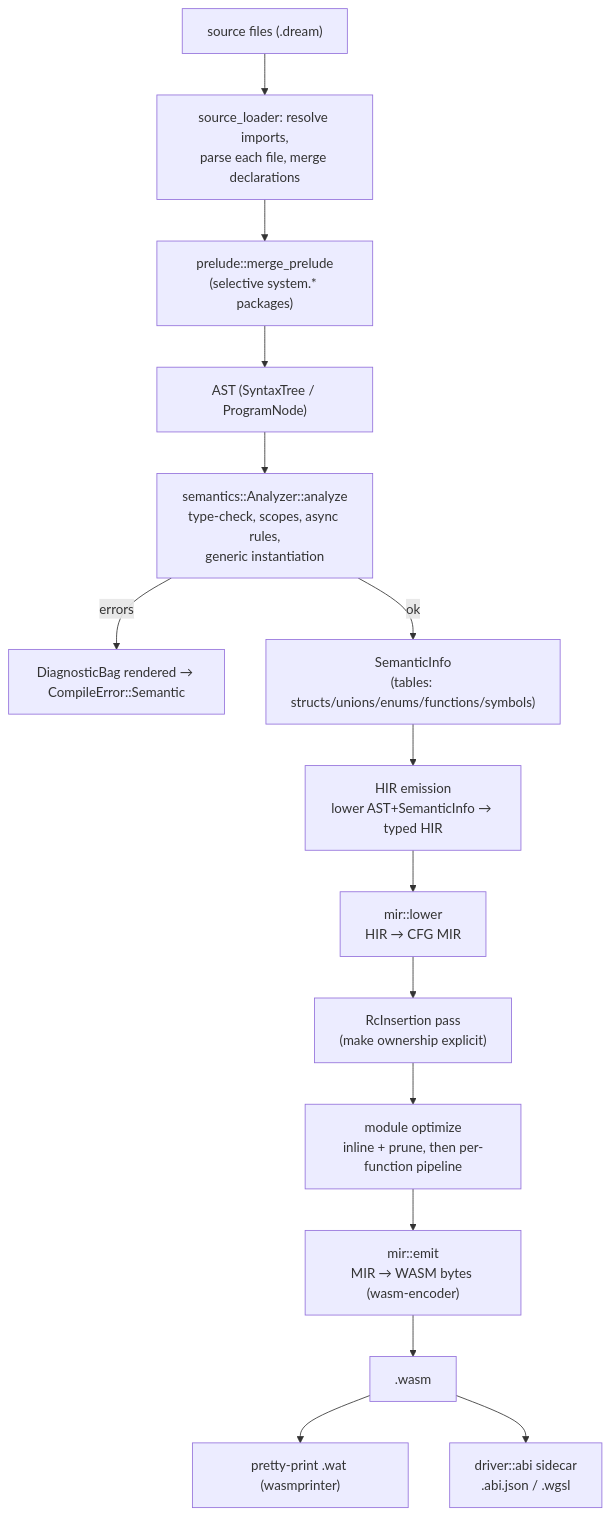
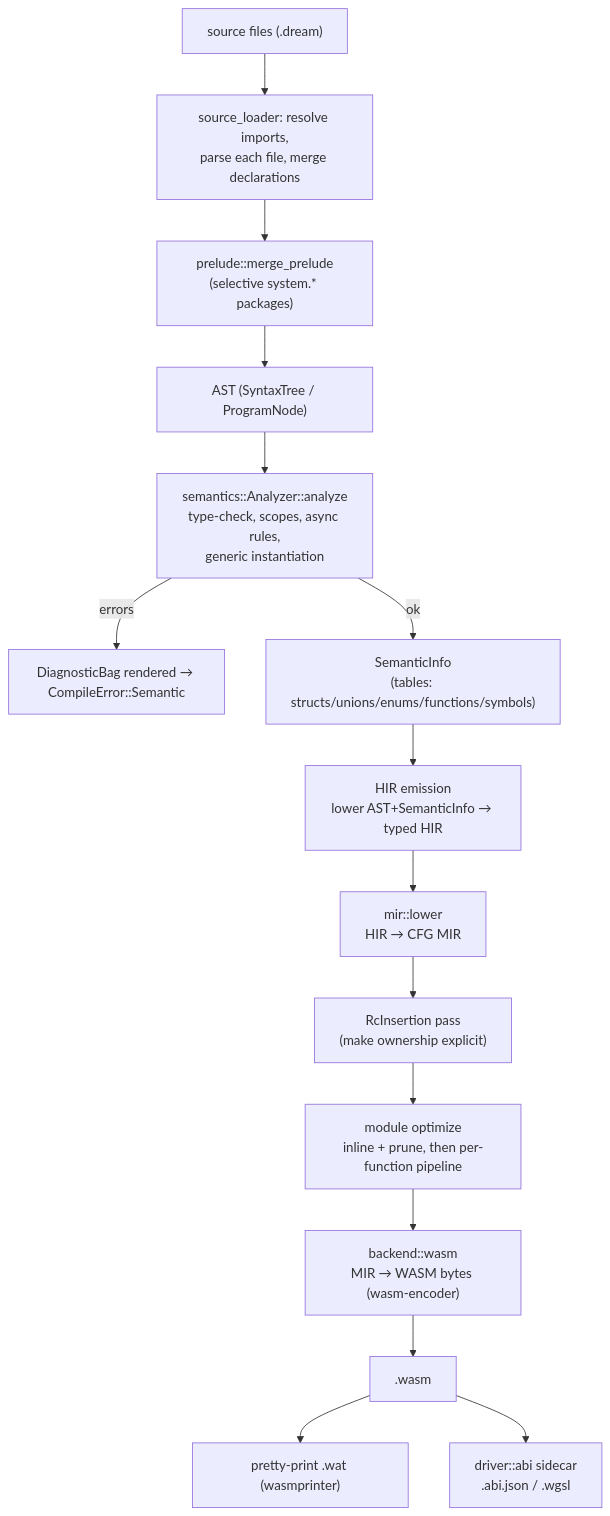
The first of 2 diagrams in docs/internals/01-pipeline-overview.md (sps014/dream), drawn with Mermaid before and after one commit. The commit also changed 104 other files, not shown here.

First line of the commit message:
feat(mir): add native C backend beside wasm emit

````diff
--- a/docs/internals/01-pipeline-overview.md
+++ b/docs/internals/01-pipeline-overview.md
@@ -7,21 +7,21 @@
 ```mermaid
 flowchart TD
     src["source files (.dream)"]
     src --> load["source_loader: resolve imports,\nparse each file, merge declarations"]
     load --> prelude["prelude::merge_prelude\n(selective system.* packages)"]
     prelude --> ast["AST (SyntaxTree / ProgramNode)"]
 
     ast --> analyze["semantics::Analyzer::analyze\ntype-check, scopes, async rules,\ngeneric instantiation"]
     analyze -->|errors| diag["DiagnosticBag rendered → CompileError::Semantic"]
     analyze -->|ok| info["SemanticInfo\n(tables: structs/unions/enums/functions/symbols)"]
 
     info --> hir["HIR emission\nlower AST+SemanticInfo → typed HIR"]
     hir --> mir["mir::lower\nHIR → CFG MIR"]
     mir --> rc["RcInsertion pass\n(make ownership explicit)"]
     rc --> opt["module optimize\ninline + prune, then per-function pipeline"]
-    opt --> emit["mir::emit\nMIR → WASM bytes (wasm-encoder)"]
+    opt --> emit["backend::wasm\nMIR → WASM bytes (wasm-encoder)"]
 
     emit --> wasm[".wasm"]
     wasm --> wat["pretty-print .wat (wasmprinter)"]
     wasm --> abi["driver::abi sidecar\n.abi.json / .wgsl"]
 ```
````
